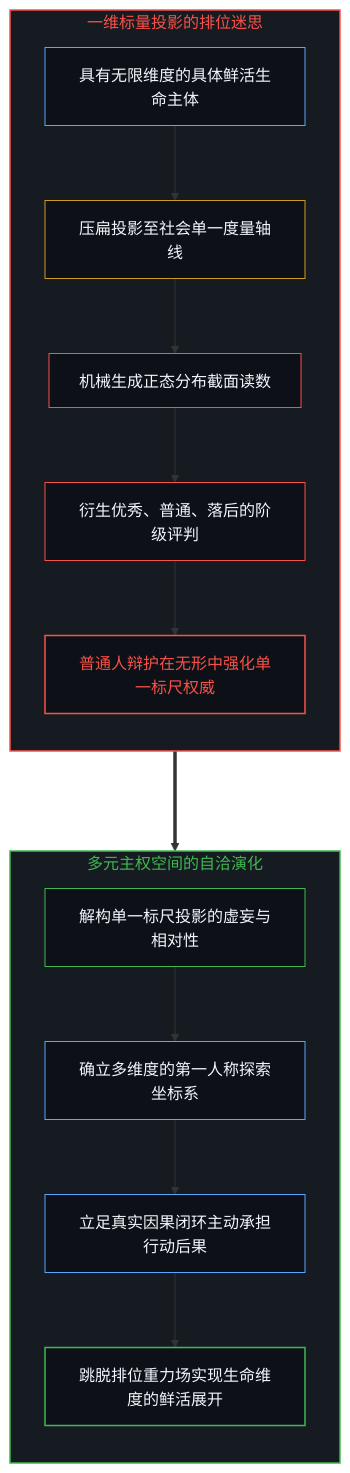
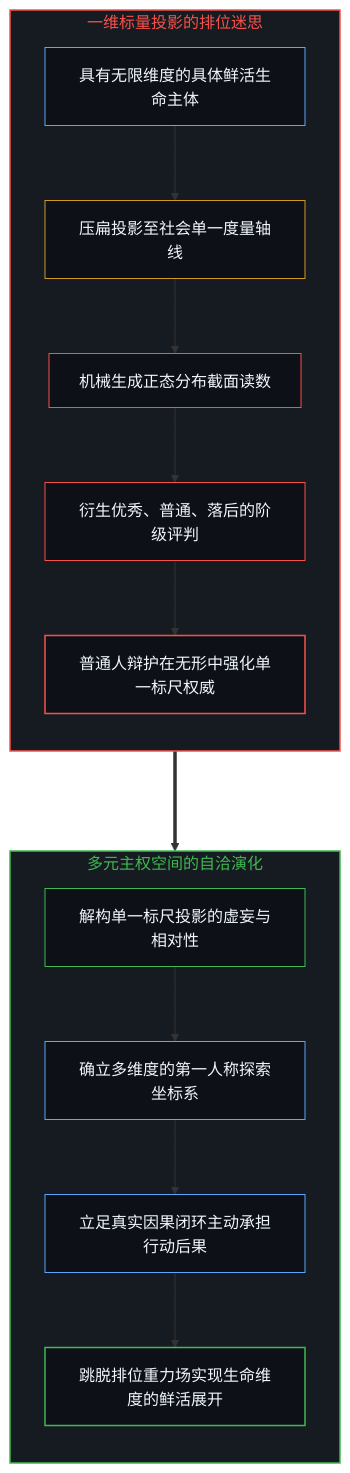
The ninth of 10 diagrams in content/posts/the-explanatory-trap-of-the-ordinary-perspective.md (powerpig99/not-a-toe), drawn with Mermaid before and after one commit. The commit also changed other lines of this file and 4 other files, not shown here.

````diff
--- a/content/posts/the-explanatory-trap-of-the-ordinary-perspective.md
+++ b/content/posts/the-explanatory-trap-of-the-ordinary-perspective.md
@@ -303,31 +311,31 @@
 ```mermaid
 graph TD
     subgraph S_ScalarTrap ["一维标量投影的排位迷思"]
         direction TB
         P_HighDim["具有无限维度的具体鲜活生命主体"] --> P_Project["压扁投影至社会单一度量轴线"]
         P_Project --> P_Bell["机械生成正态分布截面读数"]
         P_Bell --> P_Rank["衍生优秀、普通、落后的阶级评判"]
         P_Rank --> P_Validate["普通人辩护在无形中强化单一标尺权威"]
     end
 
     subgraph S_MultidimSovereign ["多元主权空间的自洽演化"]
         direction TB
         S_Deconstruct["解构单一标尺投影的虚妄与相对性"] --> S_Orthogonal["确立多维度的第一人称探索坐标系"]
         S_Orthogonal --> S_Ground["立足真实因果闭环主动承担行动后果"]
         S_Ground --> S_Aliveness["跳脱排位重力场实现生命维度的鲜活展开"]
     end
 
     P_Validate ===> S_Deconstruct
 
     style S_ScalarTrap fill:#161b22,stroke:#f85149,stroke-width:1.5px,color:#f85149
     style S_MultidimSovereign fill:#161b22,stroke:#3fb950,stroke-width:1.5px,color:#3fb950
     style P_HighDim fill:#0d1117,stroke:#58a6ff,stroke-width:1px,color:#f0f6fc
     style P_Project fill:#0d1117,stroke:#d29922,stroke-width:1px,color:#f0f6fc
     style P_Bell fill:#0d1117,stroke:#f85149,stroke-width:1px,color:#f0f6fc
     style P_Rank fill:#0d1117,stroke:#f85149,stroke-width:1px,color:#f0f6fc
-    style P_Validate fill:#0d1117,stroke:#f85149,stroke-width:1.5px,color:#f85149
+    style P_Validate fill:#0d1117,stroke:#f85149,stroke-width:1.5px,color:#f0f6fc
     style S_Deconstruct fill:#0d1117,stroke:#3fb950,stroke-width:1px,color:#f0f6fc
     style S_Orthogonal fill:#0d1117,stroke:#58a6ff,stroke-width:1px,color:#f0f6fc
     style S_Ground fill:#0d1117,stroke:#58a6ff,stroke-width:1px,color:#f0f6fc
     style S_Aliveness fill:#0d1117,stroke:#3fb950,stroke-width:1.5px,color:#f0f6fc
 ```
````
